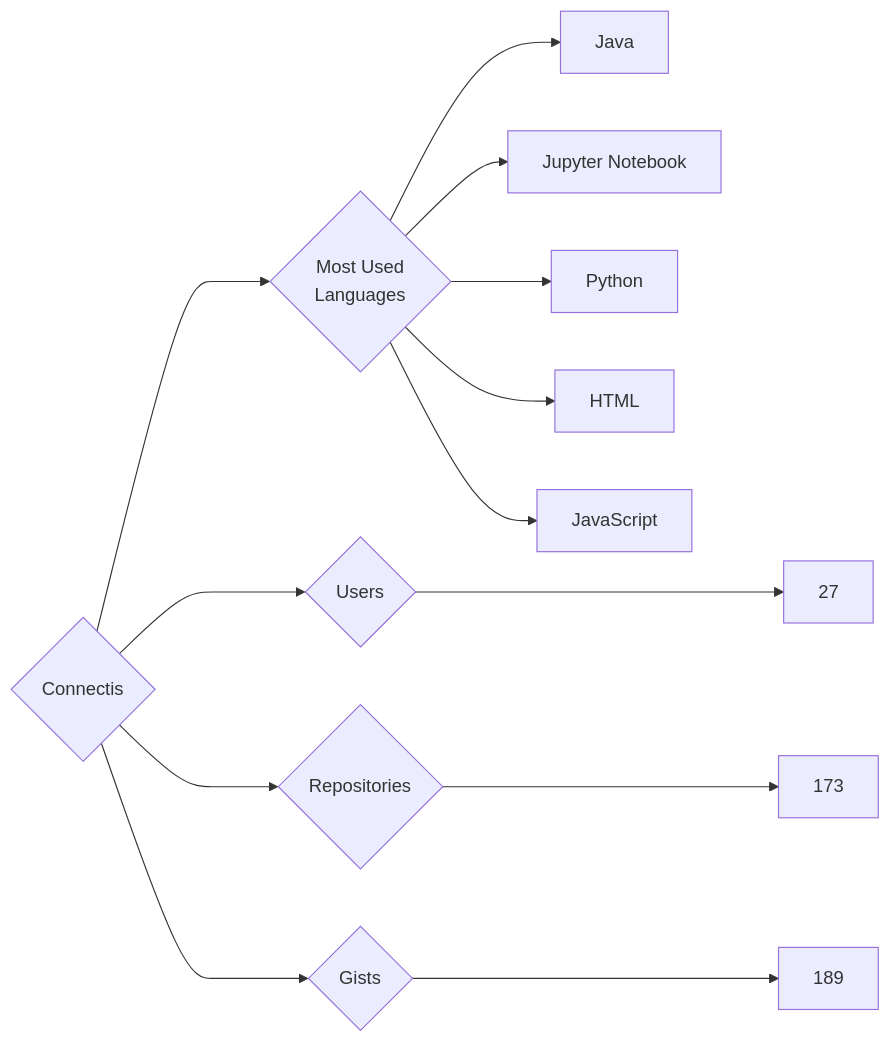
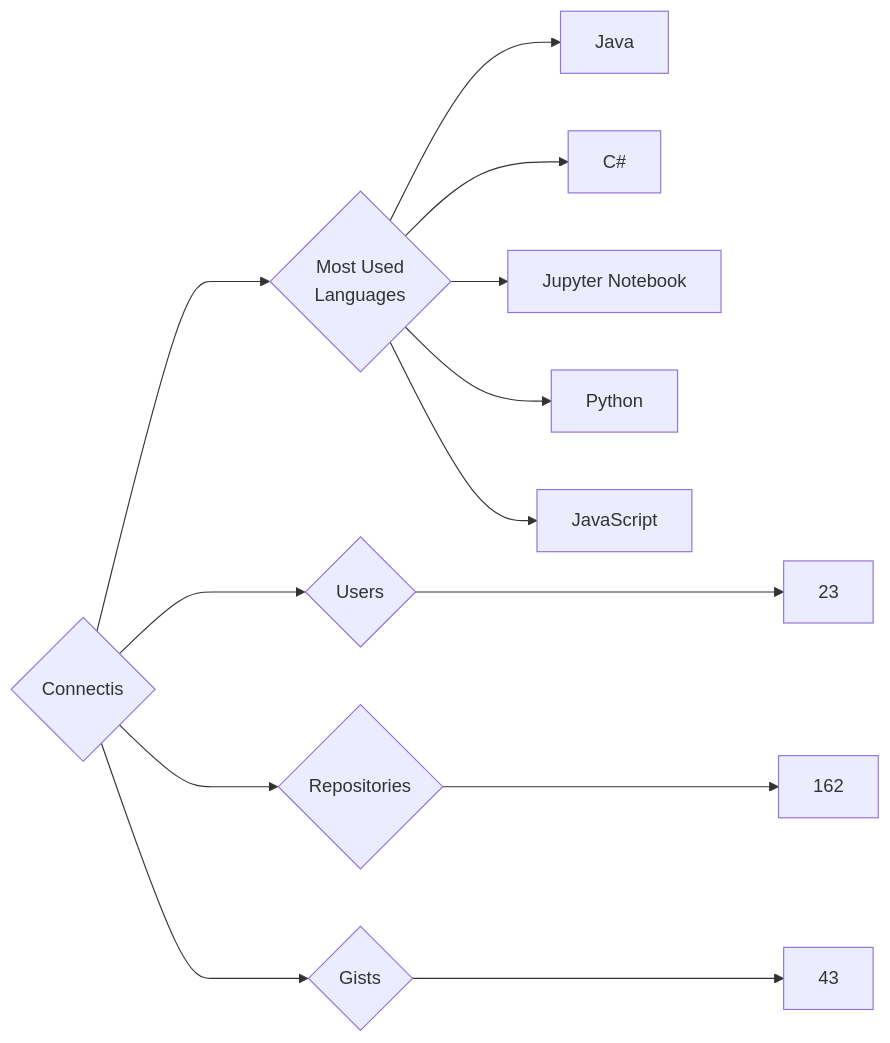
One commit to trickest/insiders changed the diagram in targets/Connectis/README.md. Above: the diagram before and after it, drawn with Mermaid. The commit also changed 775 other files, not shown here.

````diff
--- a/targets/Connectis/README.md
+++ b/targets/Connectis/README.md
@@ -3,13 +3,13 @@
 ```mermaid
 graph LR
 COMPANY_NAME{Connectis}
-COMPANY_NAME ---> U{Users} ---> UN[27]
-COMPANY_NAME ---> R{Repositories} ---> RN[173]
-COMPANY_NAME ---> G{Gists} ---> GN[189]
+COMPANY_NAME ---> U{Users} ---> UN[23]
+COMPANY_NAME ---> R{Repositories} ---> RN[162]
+COMPANY_NAME ---> G{Gists} ---> GN[43]
 COMPANY_NAME ---> ML{Most Used<br>Languages}
 ML --> Java[Java]
+ML --> C#[C#]
 ML --> Jupyter_Notebook[Jupyter Notebook]
 ML --> Python[Python]
-ML --> HTML[HTML]
 ML --> JavaScript[JavaScript]
 ```
````
